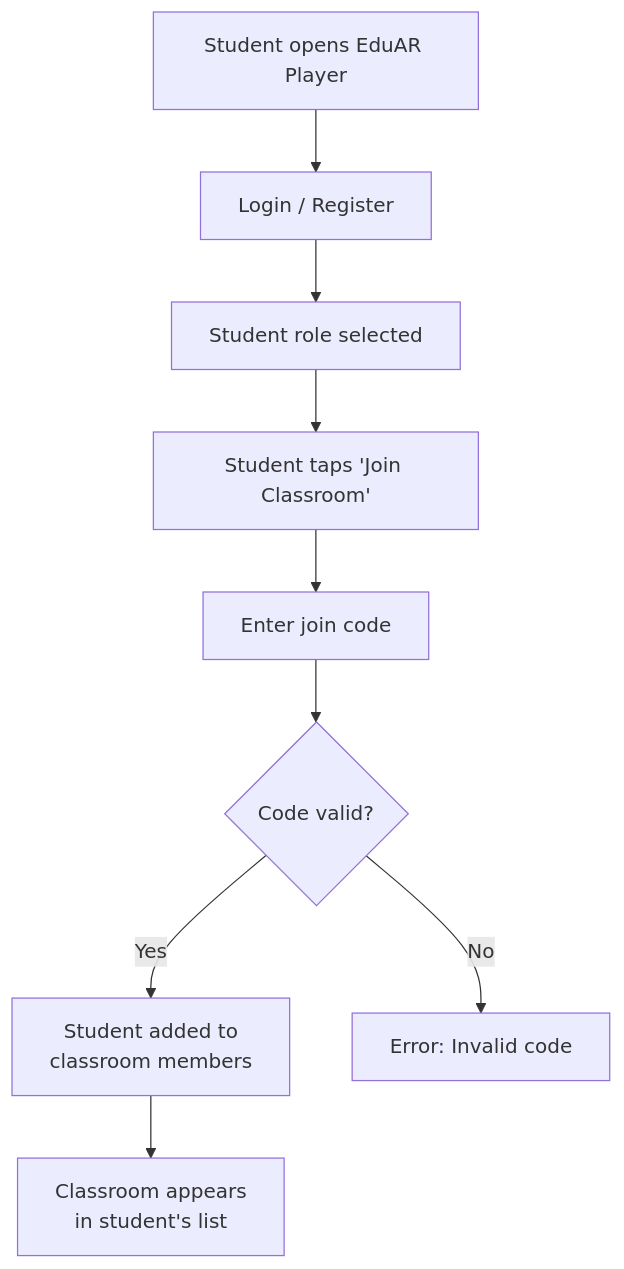
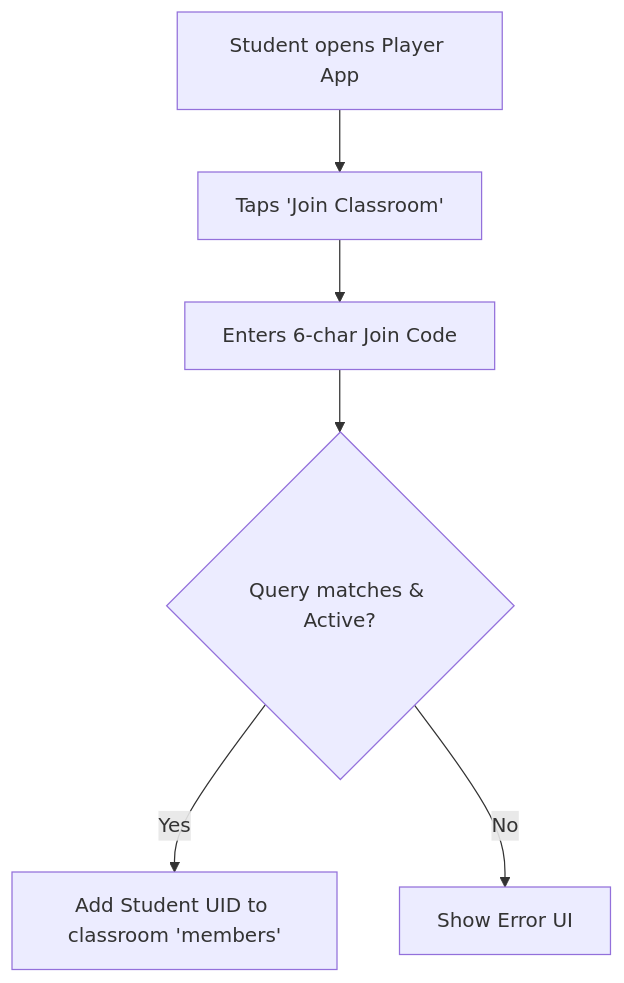
The third of 5 diagrams in docs/06-workflows.md (abdullahiftikhar0/LucidLab), drawn with Mermaid before and after one commit. The commit also changed other lines of this file and 1278 other files, not shown here.

````diff
--- a/docs/06-workflows.md
+++ b/docs/06-workflows.md
@@ -52,11 +111,8 @@
 ```mermaid
 flowchart TD
-    A[Student opens EduAR Player] --> B[Login / Register]
-    B --> C[Student role selected]
-    C --> D[Student taps 'Join Classroom']
-    D --> E[Enter join code]
-    E --> F{Code valid?}
-    F -->|Yes| G[Student added to<br/>classroom members]
-    F -->|No| H[Error: Invalid code]
-    G --> I[Classroom appears<br/>in student's list]
+    A[Student opens Player App] --> B[Taps 'Join Classroom']
+    B --> C[Enters 6-char Join Code]
+    C --> D{Query matches & Active?}
+    D -->|Yes| E[Add Student UID to classroom 'members']
+    D -->|No| F[Show Error UI]
 ```
````
